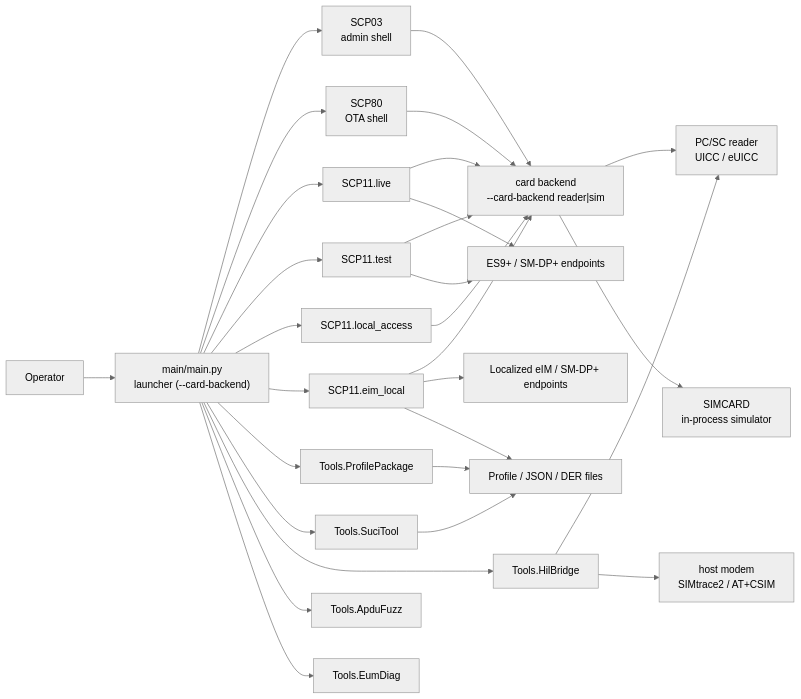
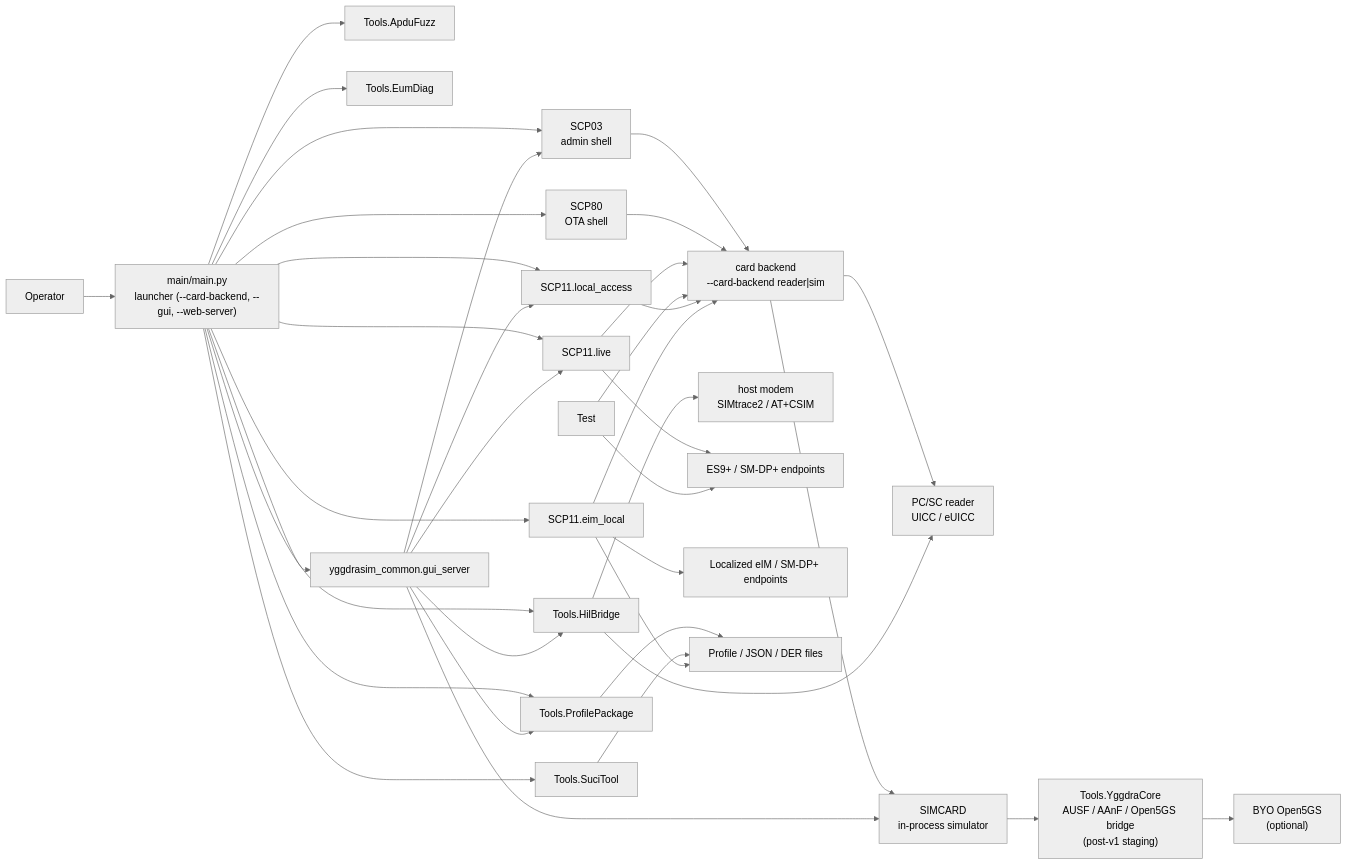
One commit to 1oT/YggdraSIM changed the first of 12 diagrams in site-docs/sources/guides/ARCHITECTURE.md. Above: the diagram before and after it, drawn with Mermaid (neutral theme). The commit also changed other lines of this file and 1187 other files, not shown here.

Commit message:
Prepare YggdraSIM v2.0.0

````diff
--- a/site-docs/sources/guides/ARCHITECTURE.md
+++ b/site-docs/sources/guides/ARCHITECTURE.md
@@ -31,39 +36,47 @@
 ```mermaid
 flowchart LR
-    Operator["Operator"] --> Launcher["main/main.py<br/>launcher (--card-backend)"]
+    Operator["Operator"] --> Launcher["main/main.py<br/>launcher (--card-backend, --gui, --web-server)"]
 
     Launcher --> SCP03["SCP03<br/>admin shell"]
     Launcher --> SCP80["SCP80<br/>OTA shell"]
     Launcher --> Live["SCP11.live"]
-    Launcher --> Test["SCP11.test"]
     Launcher --> Local["SCP11.local_access"]
     Launcher --> EimLocal["SCP11.eim_local"]
     Launcher --> ProfileTool["Tools.ProfilePackage"]
     Launcher --> Suci["Tools.SuciTool"]
     Launcher --> Hil["Tools.HilBridge"]
     Launcher --> Fuzz["Tools.ApduFuzz"]
     Launcher --> Eum["Tools.EumDiag"]
+    Launcher --> Gui["yggdrasim_common.gui_server"]
 
     SCP03 --> Backend["card backend<br/>--card-backend reader|sim"]
     SCP80 --> Backend
     Live --> Backend
     Test --> Backend
     Local --> Backend
     EimLocal --> Backend
 
     Backend --> Card["PC/SC reader<br/>UICC / eUICC"]
     Backend --> Sim["SIMCARD<br/>in-process simulator"]
 
     Hil --> Card
     Hil --> Modem["host modem<br/>SIMtrace2 / AT+CSIM"]
 
     Live --> Network["ES9+ / SM-DP+ endpoints"]
     Test --> Network
     EimLocal --> LocalServices["Localized eIM / SM-DP+ endpoints"]
 
+    Sim --> YggdraCore["Tools.YggdraCore<br/>AUSF / AAnF / Open5GS bridge<br/>(post-v1 staging)"]
+    YggdraCore --> Open5gs["BYO Open5GS<br/>(optional)"]
 
     ProfileTool --> Files["Profile / JSON / DER files"]
     Suci --> Files
     EimLocal --> Files
 
+    Gui --> SCP03
+    Gui --> Live
+    Gui --> Local
+    Gui --> ProfileTool
+    Gui --> Sim
+    Gui --> Hil
 ```
````
